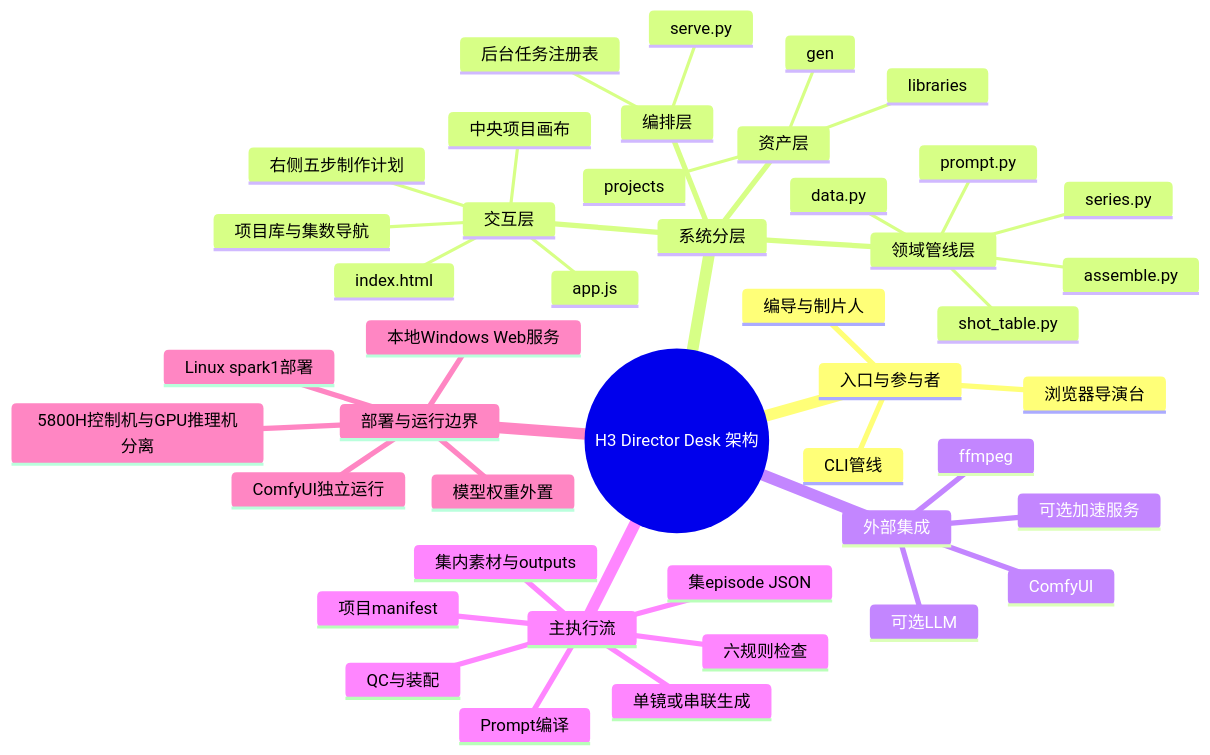
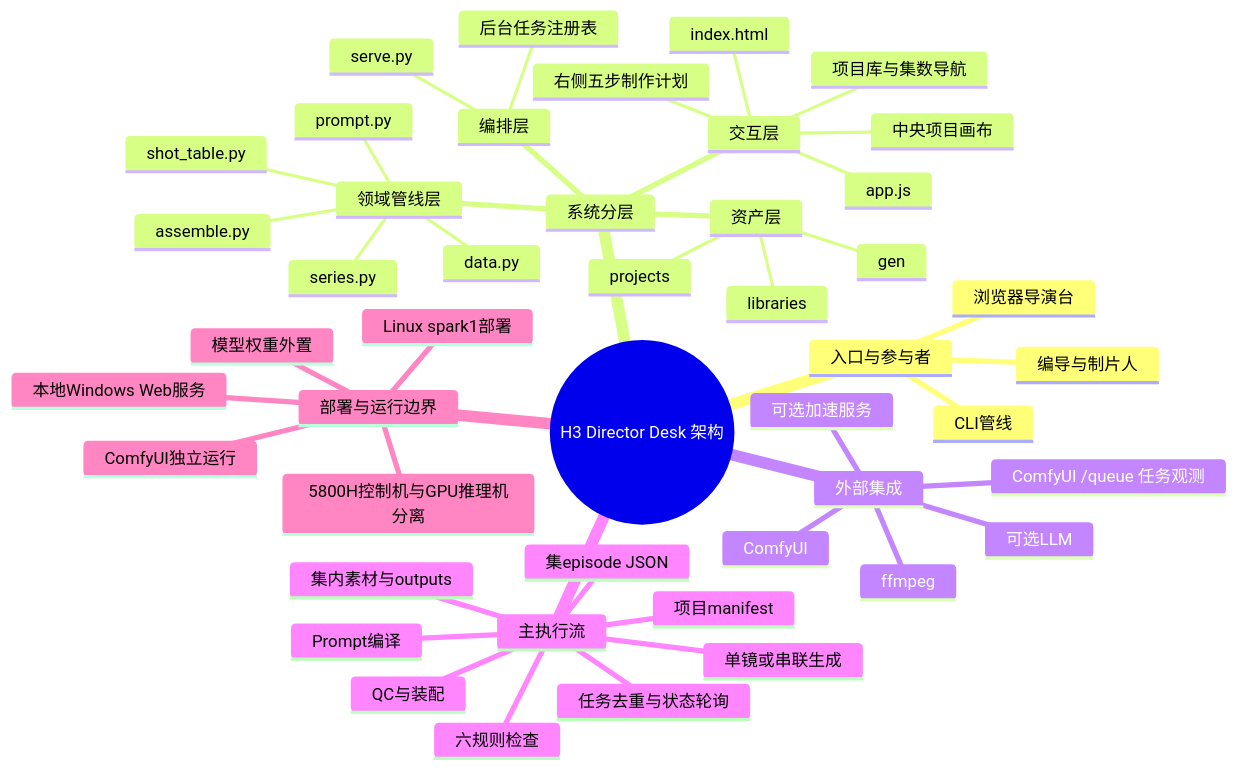
One commit to Exalex/h3-director-desk changed the diagram in docs/project-evolution/mindmaps/architecture.md. Above: the diagram before and after it, drawn with Mermaid. The commit also changed other lines of this file and 12 other files, not shown here.

````diff
--- a/docs/project-evolution/mindmaps/architecture.md
+++ b/docs/project-evolution/mindmaps/architecture.md
@@ -3,47 +3,49 @@
 ```mermaid
 mindmap
   root((H3 Director Desk 架构))
     入口与参与者
       浏览器导演台
       CLI管线
       编导与制片人
     系统分层
       交互层
         index.html
         app.js
         项目库与集数导航
         中央项目画布
         右侧五步制作计划
       编排层
         serve.py
         后台任务注册表
       领域管线层
         data.py
         shot_table.py
         prompt.py
         series.py
         assemble.py
       资产层
         projects
         gen
         libraries
     外部集成
       ComfyUI
+      ComfyUI /queue 任务观测
       可选加速服务
       可选LLM
       ffmpeg
     主执行流
       项目manifest
       集episode JSON
       集内素材与outputs
       六规则检查
       Prompt编译
       单镜或串联生成
+      任务去重与状态轮询
       QC与装配
     部署与运行边界
       本地Windows Web服务
       Linux spark1部署
       ComfyUI独立运行
       模型权重外置
       5800H控制机与GPU推理机分离
 ```
````
